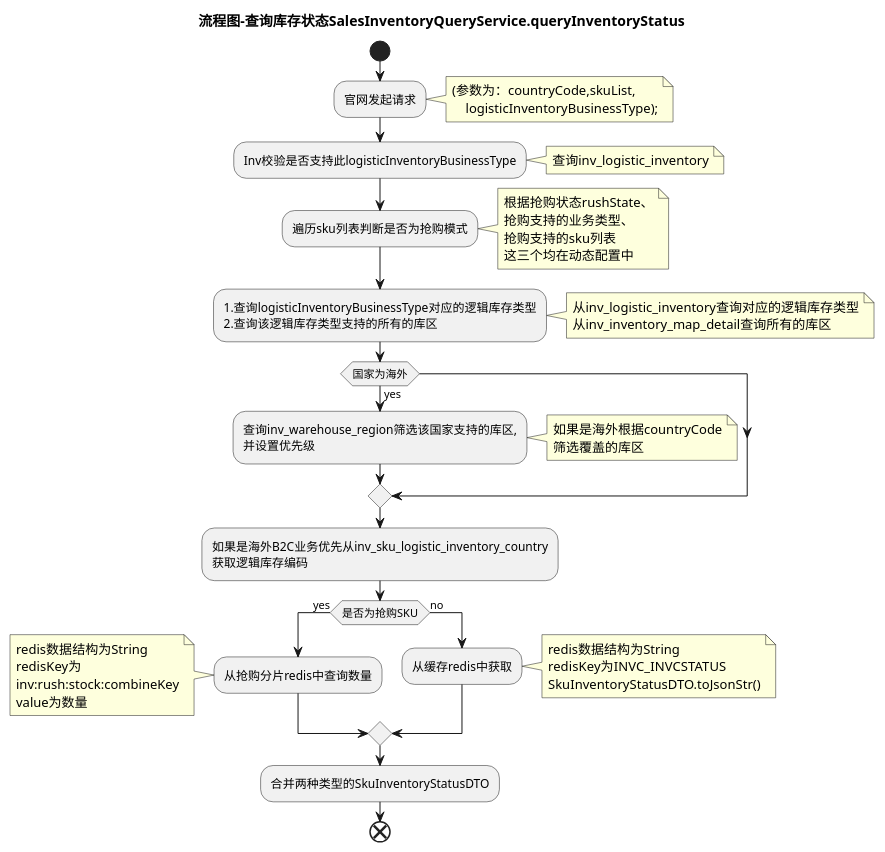
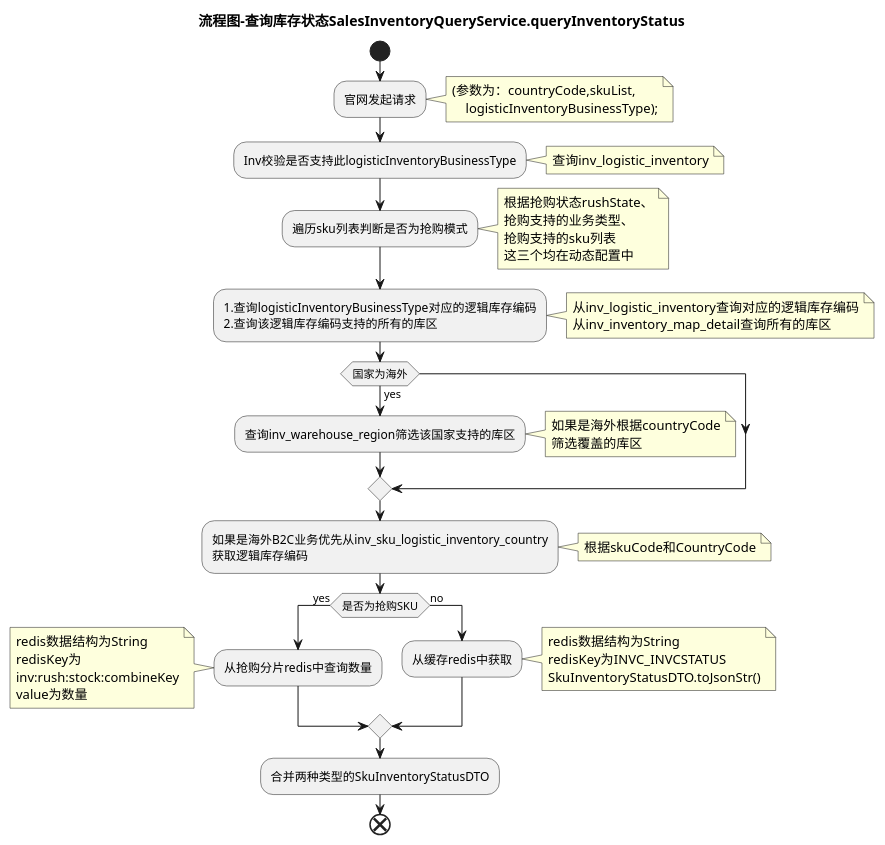
One commit to newbigTech/myDesignPattern changed the diagram in uml/inventory/queryInventoryStatus.puml. Above: the diagram before and after it, drawn with PlantUML.

```diff
--- a/uml/inventory/queryInventoryStatus.puml
+++ b/uml/inventory/queryInventoryStatus.puml
@@ -1,63 +1,65 @@
 @startuml
 'Store -> inventory:查询库存状态(countryCode,skuList,logisticInventoryBusinessType)
 'inventory -> inventory:查询inv_logistic_inventory,校验是否支持此logisticInventoryBusinessType
 title 流程图-查询库存状态SalesInventoryQueryService.queryInventoryStatus
 start
 :官网发起请求;
 note right
 (参数为：countryCode,skuList,
     logisticInventoryBusinessType);
 end note
 
 :Inv校验是否支持此logisticInventoryBusinessType;
 note right
 查询inv_logistic_inventory
 end note
 
 :遍历sku列表判断是否为抢购模式;
 note right
 根据抢购状态rushState、
 抢购支持的业务类型、
 抢购支持的sku列表
 这三个均在动态配置中
 end note
 
-:1.查询logisticInventoryBusinessType对应的逻辑库存类型
-2.查询该逻辑库存类型支持的所有的库区;
+:1.查询logisticInventoryBusinessType对应的逻辑库存编码
+2.查询该逻辑库存编码支持的所有的库区;
 note right
-从inv_logistic_inventory查询对应的逻辑库存类型
+从inv_logistic_inventory查询对应的逻辑库存编码
 从inv_inventory_map_detail查询所有的库区
 end note
 
 if (国家为海外) then (yes)
-    :查询inv_warehouse_region筛选该国家支持的库区,
-    并设置优先级;
+    :查询inv_warehouse_region筛选该国家支持的库区;
     note right
     如果是海外根据countryCode
     筛选覆盖的库区
     end note
 endif
 
 :如果是海外B2C业务优先从inv_sku_logistic_inventory_country
 获取逻辑库存编码;
+note right
+根据skuCode和CountryCode
+end note
 
 if(是否为抢购SKU) then(yes)
     :从抢购分片redis中查询数量;
     note left
         redis数据结构为String
         redisKey为
         inv:rush:stock:combineKey
         value为数量
     end note
 else (no)
     :从缓存redis中获取;
     note right
         redis数据结构为String
         redisKey为INVC_INVCSTATUS
         SkuInventoryStatusDTO.toJsonStr()
     end note
 endif
 
 :合并两种类型的SkuInventoryStatusDTO;
 end
 @enduml
```
